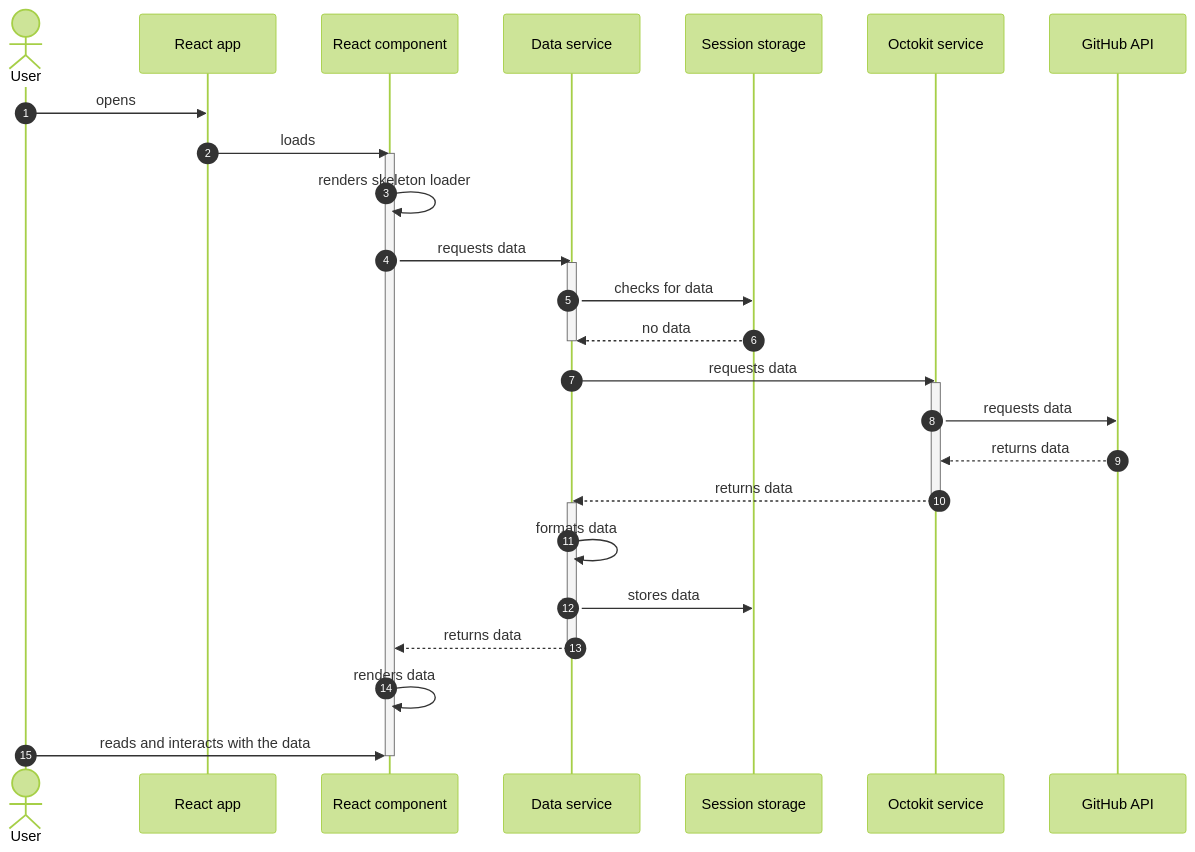
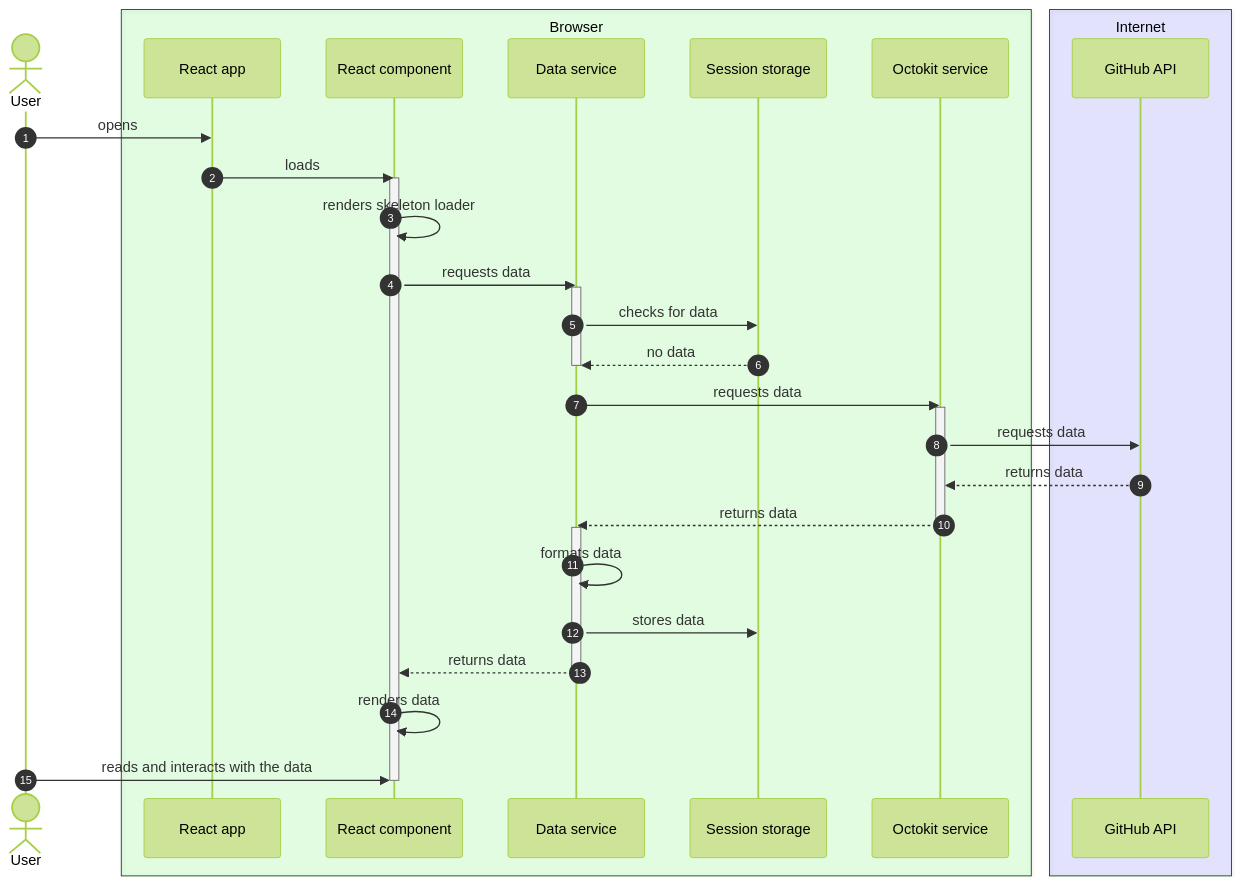
The first of 2 diagrams in docs/architecture.md (rikurauhala/insights), drawn with Mermaid (forest theme) before and after one commit. The commit also changed other lines of this file, not shown here.

Commit message:
Add colors for browser and internet in the sequence diagrams

````diff
--- a/docs/architecture.md
+++ b/docs/architecture.md
@@ -9,36 +9,40 @@
 ```mermaid
 sequenceDiagram
   autonumber
 
-  actor       USER    as User
-  participant APP     as React app
-  participant ELEMENT as React component
-  participant DATA    as Data service
-  participant STORAGE as Session storage
-  participant OCTOKIT as Octokit service
-  participant GITHUB  as GitHub API
+    actor       USER    as User
+  box rgba(0, 255, 0, 0.1) Browser
+    participant APP     as React app
+    participant ELEMENT as React component
+    participant DATA    as Data service
+    participant STORAGE as Session storage
+    participant OCTOKIT as Octokit service
+  end
+  box rgba(0, 0, 255, 0.1) Internet
+    participant GITHUB  as GitHub API
+  end
 
   USER     ->> APP     : opens
   APP      ->> ELEMENT : loads
   activate     ELEMENT
   ELEMENT  ->> ELEMENT : renders skeleton loader
   ELEMENT  ->> DATA    : requests data
   activate     DATA
   DATA     ->> STORAGE : checks for data
   STORAGE -->> DATA    : no data
   deactivate   DATA
   DATA     ->> OCTOKIT : requests data
   activate     OCTOKIT
   OCTOKIT  ->> GITHUB  : requests data
   GITHUB  -->> OCTOKIT : returns data
   OCTOKIT -->> DATA    : returns data
   deactivate   OCTOKIT
   activate     DATA
   DATA     ->> DATA    : formats data
   DATA     ->> STORAGE : stores data
   DATA    -->> ELEMENT : returns data
   deactivate   DATA
   ELEMENT  ->> ELEMENT : renders data
   USER     ->> ELEMENT : reads and interacts with the data
   deactivate   ELEMENT
 ```
````
